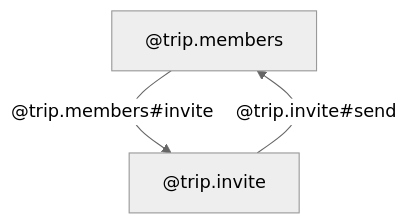
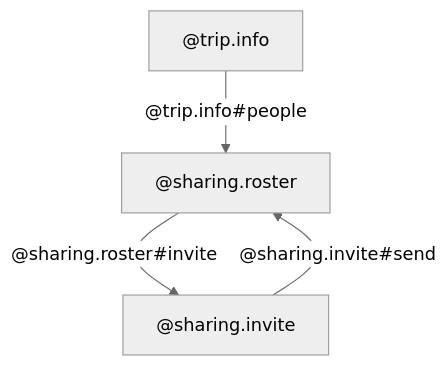
Before and after one commit to c65llc/starboard: the diagram in examples/travel-app/docs/flows/flows/invite-a-traveller.md, drawn with Mermaid (neutral theme). The commit also changed other lines of this file and 195 other files, not shown here.

````diff
--- a/examples/travel-app/docs/flows/flows/invite-a-traveller.md
+++ b/examples/travel-app/docs/flows/flows/invite-a-traveller.md
@@ -8,5 +11,6 @@
 ```mermaid
 flowchart TD
-  members["@trip.members"] -->|"@trip.members#invite"| invite["@trip.invite"]
-  invite -->|"@trip.invite#send"| members
+  info["@trip.info"] -->|"@trip.info#people"| roster["@sharing.roster"]
+  roster -->|"@sharing.roster#invite"| invite["@sharing.invite"]
+  invite -->|"@sharing.invite#send"| roster
 ```
````
